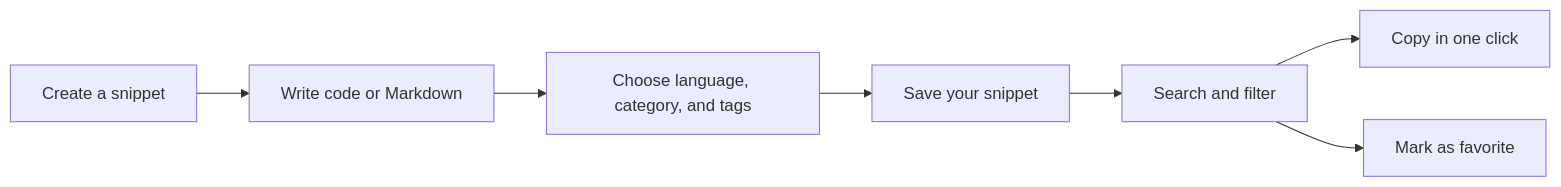
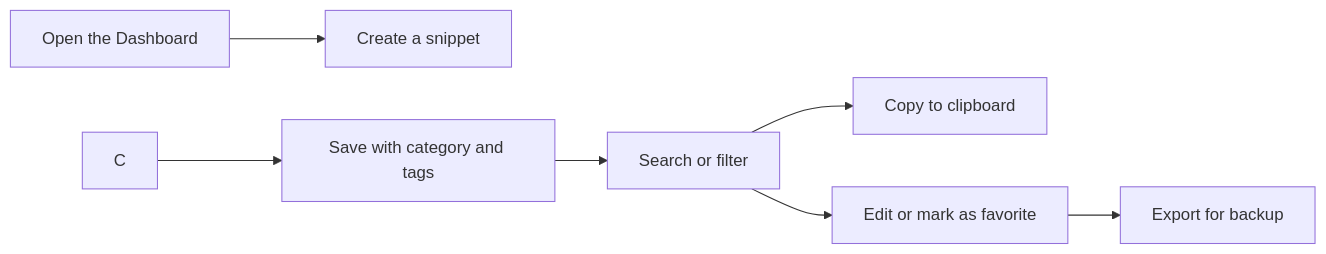
One commit to Mohita111/API2 changed the diagram in api2-documentation/plan_2026-11-02_f8890e/user-facing-docs/product-overview.md. Above: the diagram before and after it, drawn with Mermaid. The commit also changed other lines of this file and 12 other files, not shown here.

````diff
--- a/api2-documentation/plan_2026-11-02_f8890e/user-facing-docs/product-overview.md
+++ b/api2-documentation/plan_2026-11-02_f8890e/user-facing-docs/product-overview.md
@@ -11,9 +30,9 @@
 ```mermaid
 graph LR
-    A[Create a snippet] --> B[Write code or Markdown]
-    B --> C["Choose language, category, and tags"]
-    C --> D[Save your snippet]
-    D --> E[Search and filter]
-    E --> F[Copy in one click]
-    E --> G[Mark as favorite]
+    A[Open the Dashboard] --> B[Create a snippet]
+    C --> D[Save with category and tags]
+    D --> E[Search or filter]
+    E --> F[Copy to clipboard]
+    E --> G[Edit or mark as favorite]
+    G --> H[Export for backup]
 ```
````
